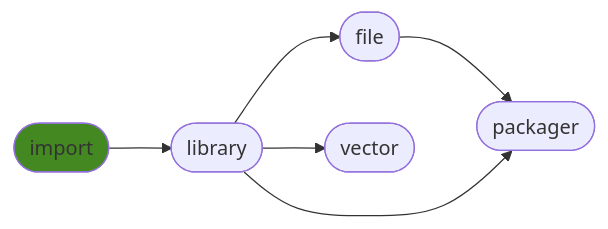
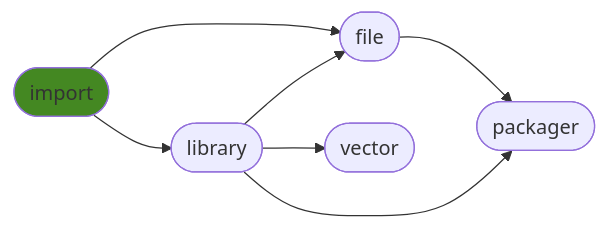
One commit to ManderaGeneral/generalimport changed the diagram in README.md. Above: the diagram before and after it, drawn with Mermaid. The commit also changed other lines of this file, not shown here.

````diff
--- a/README.md
+++ b/README.md
@@ -21,14 +21,15 @@
 ```mermaid
 flowchart LR
 2([file]) --> 4([packager])
+1([library]) --> 4([packager])
 0([import]) --> 1([library])
-1([library]) --> 4([packager])
+0([import]) --> 2([file])
+1([library]) --> 2([file])
 1([library]) --> 3([vector])
-1([library]) --> 2([file])
 click 0 "https://github.com/ManderaGeneral/generalimport"
 click 1 "https://github.com/ManderaGeneral/generallibrary"
 click 2 "https://github.com/ManderaGeneral/generalfile"
 click 3 "https://github.com/ManderaGeneral/generalvector"
 click 4 "https://github.com/ManderaGeneral/generalpackager"
 style 0 fill:#482
 ```
````
